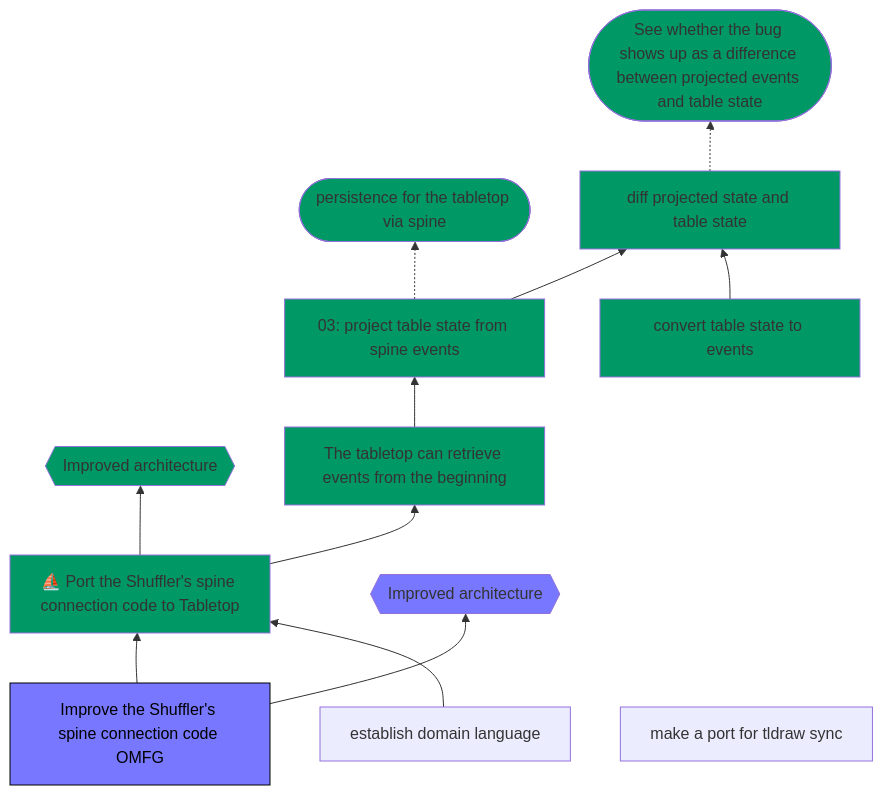
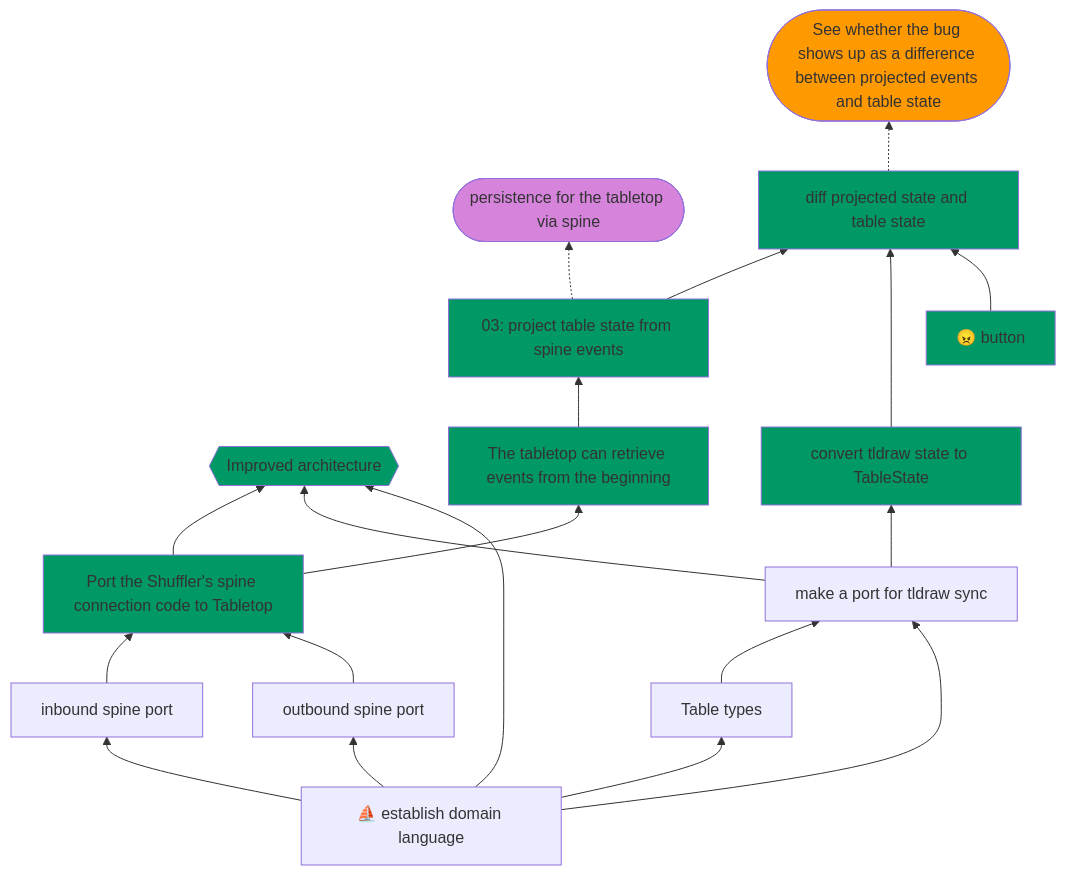
One commit to jessitron/mtg-deck-shuffler changed the diagram in .scratch/tabletop-persists-physical-events/map.mmd. Above: the diagram before and after it, drawn with Mermaid. The commit also changed 1 other file, not shown here.

```diff
--- a/.scratch/tabletop-persists-physical-events/map.mmd
+++ b/.scratch/tabletop-persists-physical-events/map.mmd
@@ -1,31 +1,41 @@
 flowchart BT
-   t1[⛵️ Port the Shuffler's spine connection code to Tabletop] --> joy1{{Improved architecture}}
+   t1[Port the Shuffler's spine connection code to Tabletop] --> joy1{{Improved architecture}}
    t1 --> t2[The tabletop can retrieve events from the beginning]
-   t3[Improve the Shuffler's spine connection code OMFG] --> t1
-   t3 --> joy2{{Improved architecture}}
    t2 --> t4[03: project table state from spine events]
    g1([See whether the bug shows up as a difference between projected events and table state])
    g2([persistence for the tabletop via spine])
    t5[diff projected state and table state]
    t4-->t5
-   t6[convert table state to events] -->t5
+   t6[convert tldraw state to TableState] -->t5
    t5-.->g1
    t4 -.->g2
-   d1[establish domain language]-->t1
-   r1[make a port for tldraw sync]
+   d1[⛵️ establish domain language]-->r2
+   r1[make a port for tldraw sync] -->joy1
+   r4[Table types] --> r1
+   r2[inbound spine port] -->t1
+   r3[outbound spine port] -->t1
+   d1-->r1
+   d1-->joy1
+   d1-->r4
+   r1-->t6
+   d1-->r3
+   t9[😠 button] -->t5
 
 classDef tabletop fill:#009966
 classDef shuffler fill:#7777ff
+classDef eventualGoal fill:#d683dc
+classDef todayGoal fill:#ff9900
 class joy1 tabletop;
 class t1 tabletop;
 class t2 tabletop;
 class t3 shuffler;
 class joy2 shuffler;
 class t4 tabletop;
 class t5 tabletop;
-class g1 tabletop;
-class g2 tabletop;
+class g1 todayGoal;
+class g2 eventualGoal;
 class t6 tabletop;
+class t9 tabletop;
 
 classDef complete color:#000000,stroke:#000000;
 class t3 complete;
```
